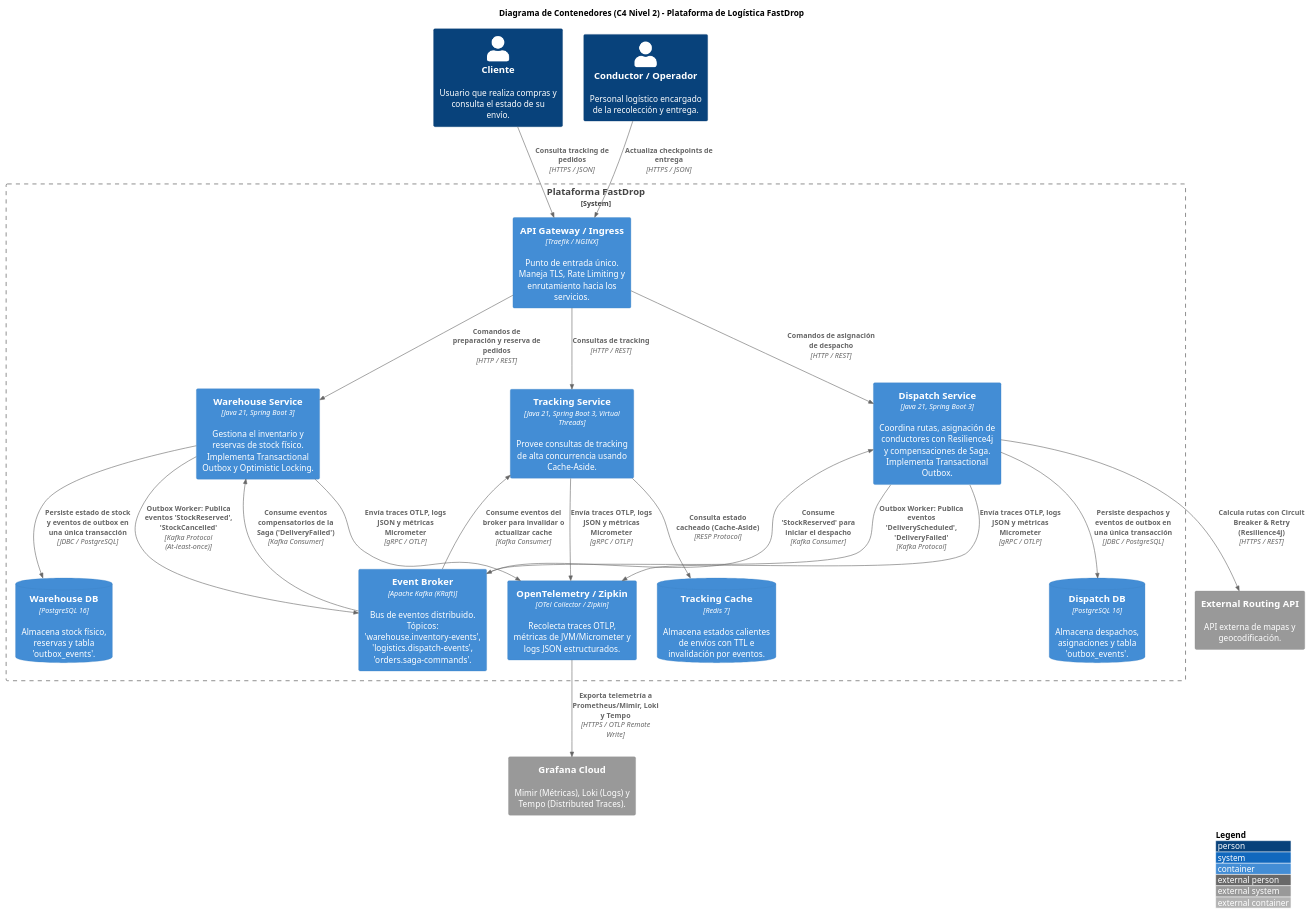
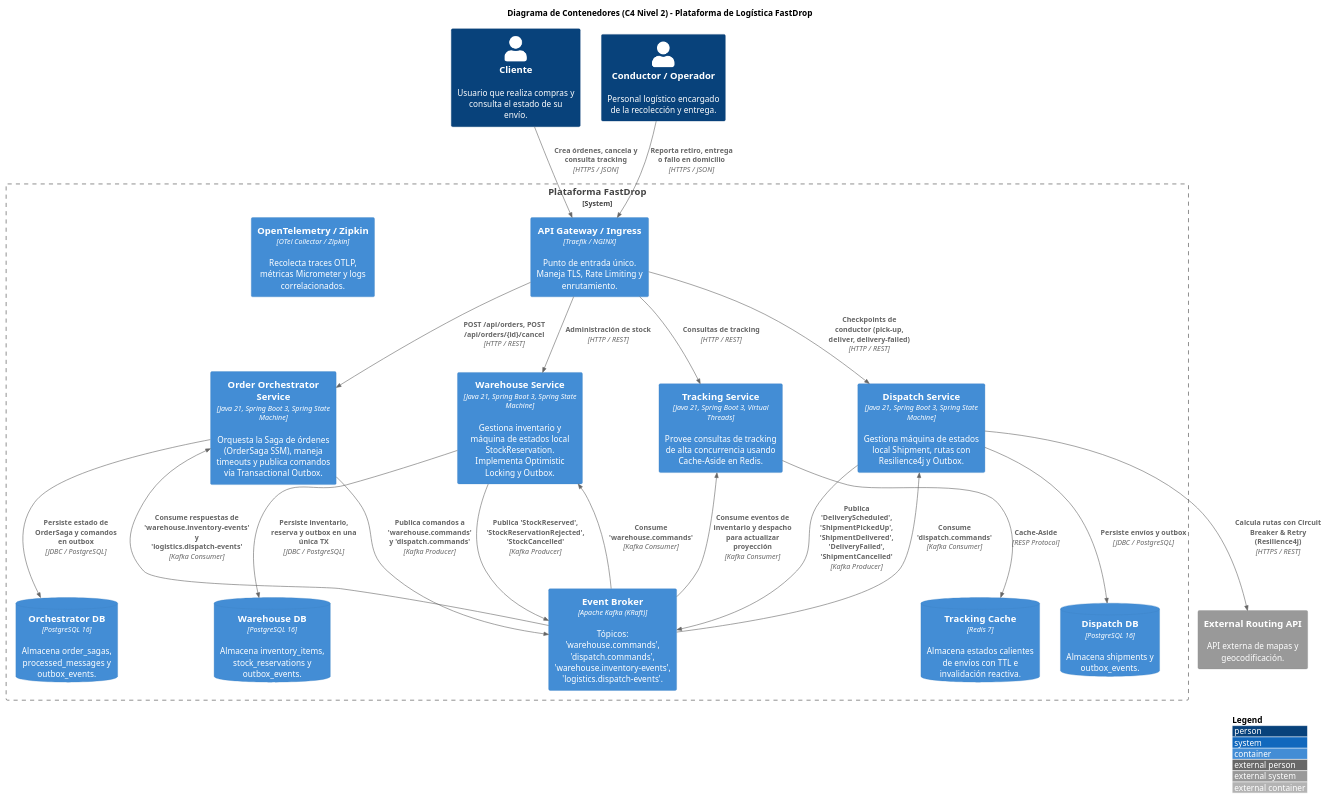
Before and after one commit to NoeliaRominaAcosta/ApexLogistica: the diagram in docs/c4-model/containers.puml, drawn with PlantUML. The commit also changed 215 other files, not shown here.

Commit message:
feat: implement Spring State Machine, hexagonal architecture, and orchestrated saga

```diff
--- a/docs/c4-model/containers.puml
+++ b/docs/c4-model/containers.puml
@@ -1,62 +1,55 @@
 @startuml FastDrop_C4_Containers
 !include https://raw.githubusercontent.com/plantuml-stdlib/C4-PlantUML/master/C4_Container.puml
 
 LAYOUT_WITH_LEGEND()
 
 title Diagrama de Contenedores (C4 Nivel 2) - Plataforma de Logística FastDrop
 
 Person(customer, "Cliente", "Usuario que realiza compras y consulta el estado de su envío.")
 Person(driver, "Conductor / Operador", "Personal logístico encargado de la recolección y entrega.")
 
 System_Boundary(fastdrop_boundary, "Plataforma FastDrop") {
 
-    Container(api_gateway, "API Gateway / Ingress", "Traefik / NGINX", "Punto de entrada único. Maneja TLS, Rate Limiting y enrutamiento hacia los servicios.")
+    Container(api_gateway, "API Gateway / Ingress", "Traefik / NGINX", "Punto de entrada único. Maneja TLS, Rate Limiting y enrutamiento.")
 
-    Container(warehouse_service, "Warehouse Service", "Java 21, Spring Boot 3", "Gestiona el inventario y reservas de stock físico. Implementa Transactional Outbox y Optimistic Locking.")
-    Container(dispatch_service, "Dispatch Service", "Java 21, Spring Boot 3", "Coordina rutas, asignación de conductores con Resilience4j y compensaciones de Saga. Implementa Transactional Outbox.")
-    Container(tracking_service, "Tracking Service", "Java 21, Spring Boot 3, Virtual Threads", "Provee consultas de tracking de alta concurrencia usando Cache-Aside.")
+    Container(orchestrator_service, "Order Orchestrator Service", "Java 21, Spring Boot 3, Spring State Machine", "Orquesta la Saga de órdenes (OrderSaga SSM), maneja timeouts y publica comandos vía Transactional Outbox.")
+    Container(warehouse_service, "Warehouse Service", "Java 21, Spring Boot 3, Spring State Machine", "Gestiona inventario y máquina de estados local StockReservation. Implementa Optimistic Locking y Outbox.")
+    Container(dispatch_service, "Dispatch Service", "Java 21, Spring Boot 3, Spring State Machine", "Gestiona máquina de estados local Shipment, rutas con Resilience4j y Outbox.")
+    Container(tracking_service, "Tracking Service", "Java 21, Spring Boot 3, Virtual Threads", "Provee consultas de tracking de alta concurrencia usando Cache-Aside en Redis.")
 
-    ContainerDb(warehouse_db, "Warehouse DB", "PostgreSQL 16", "Almacena stock físico, reservas y tabla 'outbox_events'.")
-    ContainerDb(dispatch_db, "Dispatch DB", "PostgreSQL 16", "Almacena despachos, asignaciones y tabla 'outbox_events'.")
+    ContainerDb(orchestrator_db, "Orchestrator DB", "PostgreSQL 16", "Almacena order_sagas, processed_messages y outbox_events.")
+    ContainerDb(warehouse_db, "Warehouse DB", "PostgreSQL 16", "Almacena inventory_items, stock_reservations y outbox_events.")
+    ContainerDb(dispatch_db, "Dispatch DB", "PostgreSQL 16", "Almacena shipments y outbox_events.")
+    ContainerDb(redis_cache, "Tracking Cache", "Redis 7", "Almacena estados calientes de envíos con TTL e invalidación reactiva.")
 
-    ContainerDb(redis_cache, "Tracking Cache", "Redis 7", "Almacena estados calientes de envíos con TTL e invalidación por eventos.")
-
-    Container(kafka_broker, "Event Broker", "Apache Kafka (KRaft)", "Bus de eventos distribuido. Tópicos: 'warehouse.inventory-events', 'logistics.dispatch-events', 'orders.saga-commands'.")
-
-    Container(otel_collector, "OpenTelemetry / Zipkin", "OTel Collector / Zipkin", "Recolecta traces OTLP, métricas de JVM/Micrometer y logs JSON estructurados.")
+    Container(kafka_broker, "Event Broker", "Apache Kafka (KRaft)", "Tópicos: 'warehouse.commands', 'dispatch.commands', 'warehouse.inventory-events', 'logistics.dispatch-events'.")
+    Container(otel_collector, "OpenTelemetry / Zipkin", "OTel Collector / Zipkin", "Recolecta traces OTLP, métricas Micrometer y logs correlacionados.")
 }
 
-System_Ext(grafana_cloud, "Grafana Cloud", "Mimir (Métricas), Loki (Logs) y Tempo (Distributed Traces).")
 System_Ext(maps_api, "External Routing API", "API externa de mapas y geocodificación.")
 
-' Relaciones de usuarios
-Rel(customer, api_gateway, "Consulta tracking de pedidos", "HTTPS / JSON")
-Rel(driver, api_gateway, "Actualiza checkpoints de entrega", "HTTPS / JSON")
+Rel(customer, api_gateway, "Crea órdenes, cancela y consulta tracking", "HTTPS / JSON")
+Rel(driver, api_gateway, "Reporta retiro, entrega o fallo en domicilio", "HTTPS / JSON")
 
-' Relaciones de Gateway
-Rel(api_gateway, warehouse_service, "Comandos de preparación y reserva de pedidos", "HTTP / REST")
-Rel(api_gateway, dispatch_service, "Comandos de asignación de despacho", "HTTP / REST")
+Rel(api_gateway, orchestrator_service, "POST /api/orders, POST /api/orders/{id}/cancel", "HTTP / REST")
+Rel(api_gateway, warehouse_service, "Administración de stock", "HTTP / REST")
+Rel(api_gateway, dispatch_service, "Checkpoints de conductor (pick-up, deliver, delivery-failed)", "HTTP / REST")
 Rel(api_gateway, tracking_service, "Consultas de tracking", "HTTP / REST")
 
-' Warehouse Service e interacciones
-Rel(warehouse_service, warehouse_db, "Persiste estado de stock y eventos de outbox en una única transacción", "JDBC / PostgreSQL")
-Rel(warehouse_service, kafka_broker, "Outbox Worker: Publica eventos 'StockReserved', 'StockCancelled'", "Kafka Protocol (At-least-once)")
-Rel_Back(warehouse_service, kafka_broker, "Consume eventos compensatorios de la Saga ('DeliveryFailed')", "Kafka Consumer")
+Rel(orchestrator_service, orchestrator_db, "Persiste estado de OrderSaga y comandos en outbox", "JDBC / PostgreSQL")
+Rel(orchestrator_service, kafka_broker, "Publica comandos a 'warehouse.commands' y 'dispatch.commands'", "Kafka Producer")
+Rel_Back(orchestrator_service, kafka_broker, "Consume respuestas de 'warehouse.inventory-events' y 'logistics.dispatch-events'", "Kafka Consumer")
 
-' Dispatch Service e interacciones
-Rel(dispatch_service, dispatch_db, "Persiste despachos y eventos de outbox en una única transacción", "JDBC / PostgreSQL")
-Rel(dispatch_service, kafka_broker, "Outbox Worker: Publica eventos 'DeliveryScheduled', 'DeliveryFailed'", "Kafka Protocol")
-Rel_Back(dispatch_service, kafka_broker, "Consume 'StockReserved' para iniciar el despacho", "Kafka Consumer")
+Rel(warehouse_service, warehouse_db, "Persiste inventario, reserva y outbox en una única TX", "JDBC / PostgreSQL")
+Rel_Back(warehouse_service, kafka_broker, "Consume 'warehouse.commands'", "Kafka Consumer")
+Rel(warehouse_service, kafka_broker, "Publica 'StockReserved', 'StockReservationRejected', 'StockCancelled'", "Kafka Producer")
+
+Rel(dispatch_service, dispatch_db, "Persiste envíos y outbox", "JDBC / PostgreSQL")
+Rel_Back(dispatch_service, kafka_broker, "Consume 'dispatch.commands'", "Kafka Consumer")
+Rel(dispatch_service, kafka_broker, "Publica 'DeliveryScheduled', 'ShipmentPickedUp', 'ShipmentDelivered', 'DeliveryFailed', 'ShipmentCancelled'", "Kafka Producer")
 Rel(dispatch_service, maps_api, "Calcula rutas con Circuit Breaker & Retry (Resilience4j)", "HTTPS / REST")
 
-' Tracking Service e interacciones
-Rel(tracking_service, redis_cache, "Consulta estado cacheado (Cache-Aside)", "RESP Protocol")
-Rel_Back(tracking_service, kafka_broker, "Consume eventos del broker para invalidar o actualizar cache", "Kafka Consumer")
-
-' Observabilidad
-Rel(warehouse_service, otel_collector, "Envía traces OTLP, logs JSON y métricas Micrometer", "gRPC / OTLP")
-Rel(dispatch_service, otel_collector, "Envía traces OTLP, logs JSON y métricas Micrometer", "gRPC / OTLP")
-Rel(tracking_service, otel_collector, "Envía traces OTLP, logs JSON y métricas Micrometer", "gRPC / OTLP")
-Rel(otel_collector, grafana_cloud, "Exporta telemetría a Prometheus/Mimir, Loki y Tempo", "HTTPS / OTLP Remote Write")
+Rel(tracking_service, redis_cache, "Cache-Aside", "RESP Protocol")
+Rel_Back(tracking_service, kafka_broker, "Consume eventos de inventario y despacho para actualizar proyección", "Kafka Consumer")
 
 @enduml
```
